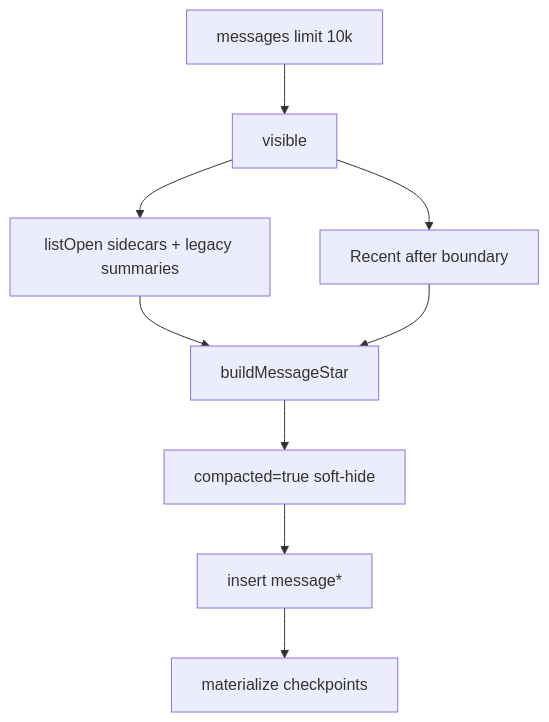
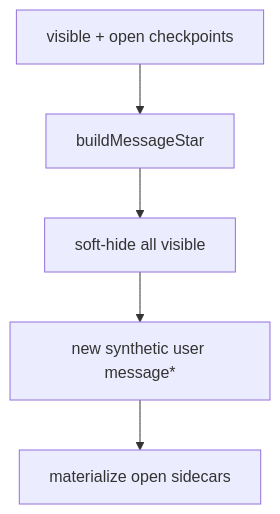
The third of 3 diagrams in docs/session-memory-graph.md (AlHeloween/opencode), drawn with Mermaid before and after one commit. The commit also changed other lines of this file and 3 other files, not shown here.

````diff
--- a/docs/session-memory-graph.md
+++ b/docs/session-memory-graph.md
@@ -167,11 +67,7 @@
 ```mermaid
 flowchart TB
-  M["messages limit 10k"] --> V["visible"]
-  V --> S["listOpen sidecars + legacy summaries"]
-  V --> R["Recent after boundary"]
-  S --> B["buildMessageStar"]
-  R --> B
-  B --> H["compacted=true soft-hide"]
-  H --> MS["insert message*"]
-  MS --> X["materialize checkpoints"]
+  IN[visible + open checkpoints] --> FOLD[buildMessageStar]
+  FOLD --> HIDE[soft-hide all visible]
+  HIDE --> STAR[new synthetic user message*]
+  STAR --> MAT[materialize open sidecars]
 ```
````
